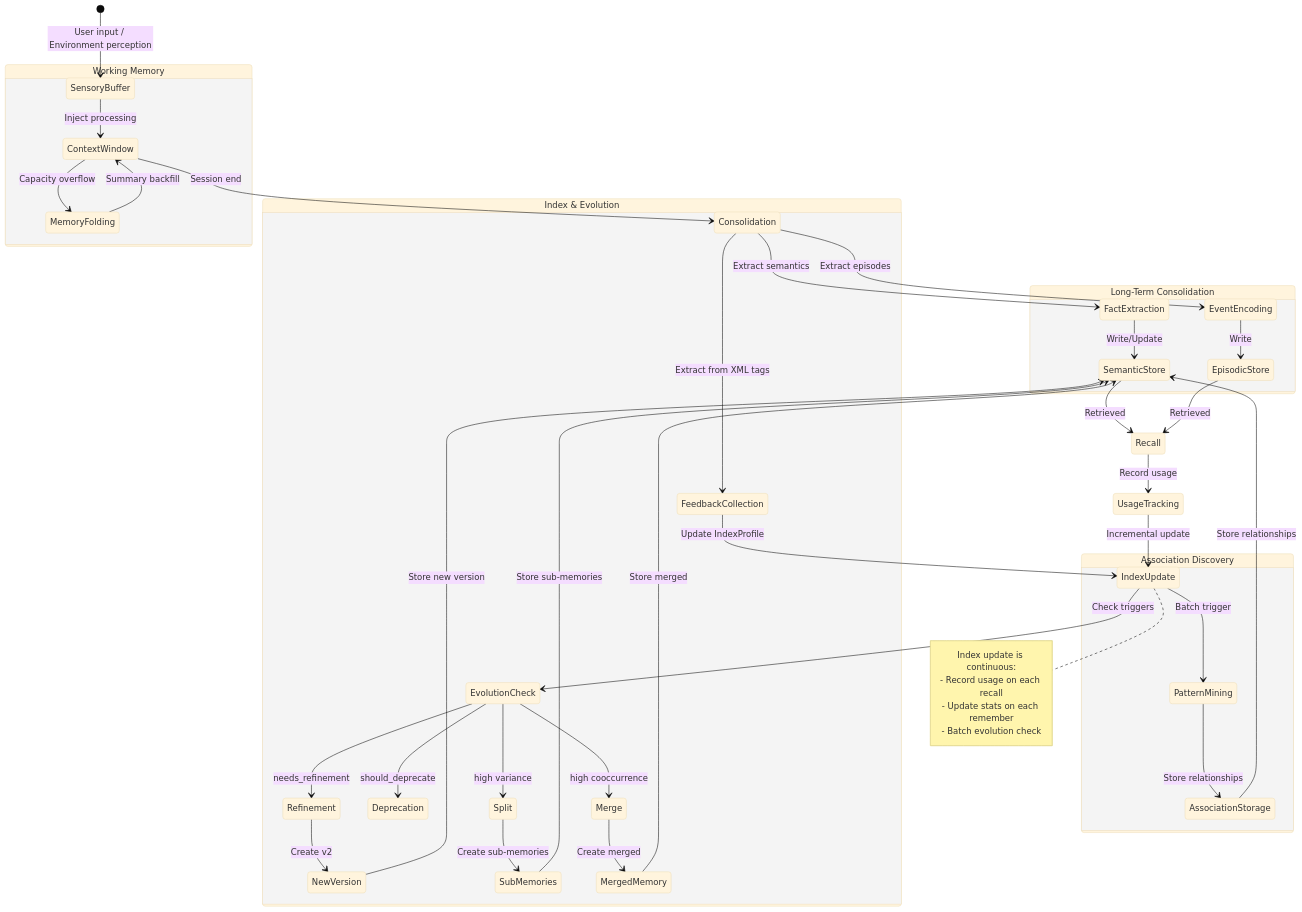
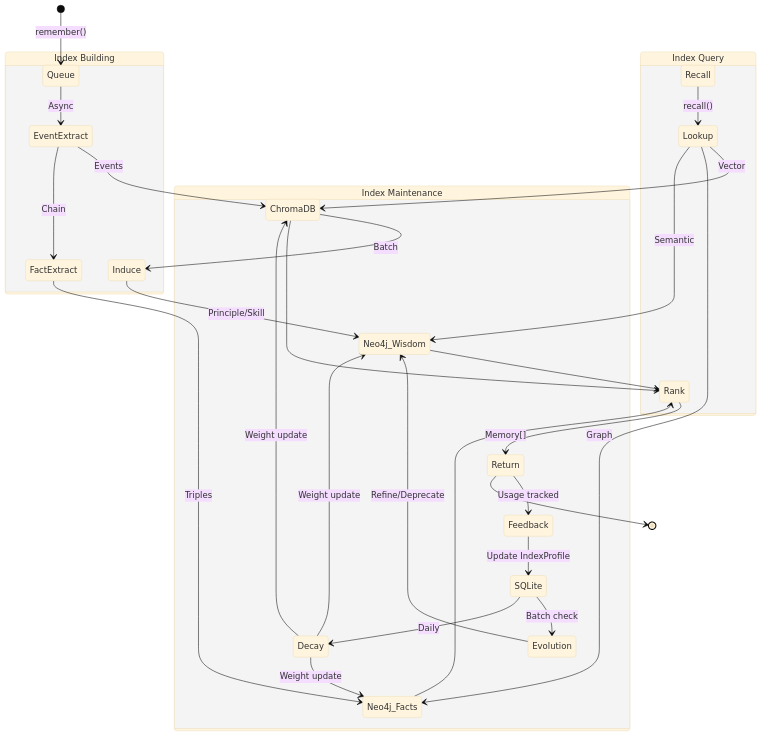
One commit to Lincyaw/h-mem changed the ninth of 9 diagrams in docs/workflows.md. Above: the diagram before and after it, drawn with Mermaid (base theme). The commit also changed other lines of this file and 3 other files, not shown here.

````diff
--- a/docs/workflows.md
+++ b/docs/workflows.md
@@ -331,58 +326,37 @@
 ```mermaid
 stateDiagram-v2
-    [*] --> SensoryBuffer: User input / Environment perception
+    [*] --> Queue: remember()
 
-    state "Working Memory" as WM {
-        SensoryBuffer --> ContextWindow: Inject processing
-        ContextWindow --> MemoryFolding: Capacity overflow
-        MemoryFolding --> ContextWindow: Summary backfill
+    state "Index Building" as BUILD {
+        Queue --> EventExtract: Async
+        EventExtract --> ChromaDB: Events
+        EventExtract --> FactExtract: Chain
+        FactExtract --> Neo4j_Facts: Triples
+        ChromaDB --> Induce: Batch
+        Induce --> Neo4j_Wisdom: Principle/Skill
     }
 
-    ContextWindow --> Consolidation: Session end
-
-    state "Long-Term Consolidation" as LC {
-        Consolidation --> FactExtraction: Extract semantics
-        Consolidation --> EventEncoding: Extract episodes
-
-        FactExtraction --> SemanticStore: Write/Update
-        EventEncoding --> EpisodicStore: Write
+    state "Index Query" as QUERY {
+        Recall --> Lookup: recall()
+        Lookup --> ChromaDB: Vector
+        Lookup --> Neo4j_Facts: Graph
+        Lookup --> Neo4j_Wisdom: Semantic
+        ChromaDB --> Rank
+        Neo4j_Facts --> Rank
+        Neo4j_Wisdom --> Rank
+        Rank --> Return: Memory[]
     }
 
-    state "Index & Evolution" as IE {
-        Consolidation --> FeedbackCollection: Extract from XML tags
-        FeedbackCollection --> IndexUpdate: Update IndexProfile
-
-        IndexUpdate --> EvolutionCheck: Check triggers
-        EvolutionCheck --> Refinement: needs_refinement
-        EvolutionCheck --> Deprecation: should_deprecate
-        EvolutionCheck --> Split: high variance
-        EvolutionCheck --> Merge: high cooccurrence
-
-        Refinement --> NewVersion: Create v2
-        Split --> SubMemories: Create sub-memories
-        Merge --> MergedMemory: Create merged
+    state "Index Maintenance" as MAINTAIN {
+        Return --> Feedback: Usage tracked
+        Feedback --> SQLite: Update IndexProfile
+        SQLite --> Evolution: Batch check
+        Evolution --> Neo4j_Wisdom: Refine/Deprecate
+        SQLite --> Decay: Daily
+        Decay --> ChromaDB: Weight update
+        Decay --> Neo4j_Facts: Weight update
+        Decay --> Neo4j_Wisdom: Weight update
     }
 
-    state "Association Discovery" as AD {
-        IndexUpdate --> PatternMining: Batch trigger
-        PatternMining --> AssociationStorage: Store relationships
-    }
-
-    SemanticStore --> Recall: Retrieved
-    EpisodicStore --> Recall: Retrieved
-
-    Recall --> UsageTracking: Record usage
-    UsageTracking --> IndexUpdate: Incremental update
-
-    NewVersion --> SemanticStore: Store new version
-    SubMemories --> SemanticStore: Store sub-memories
-    MergedMemory --> SemanticStore: Store merged
-    AssociationStorage --> SemanticStore: Store relationships
-
-    note right of IndexUpdate
-        Index update is continuous:
-        - Record usage on each recall
-        - Update stats on each remember
-        - Batch evolution check
-    end note
+    Return --> [*]
 ```
````
